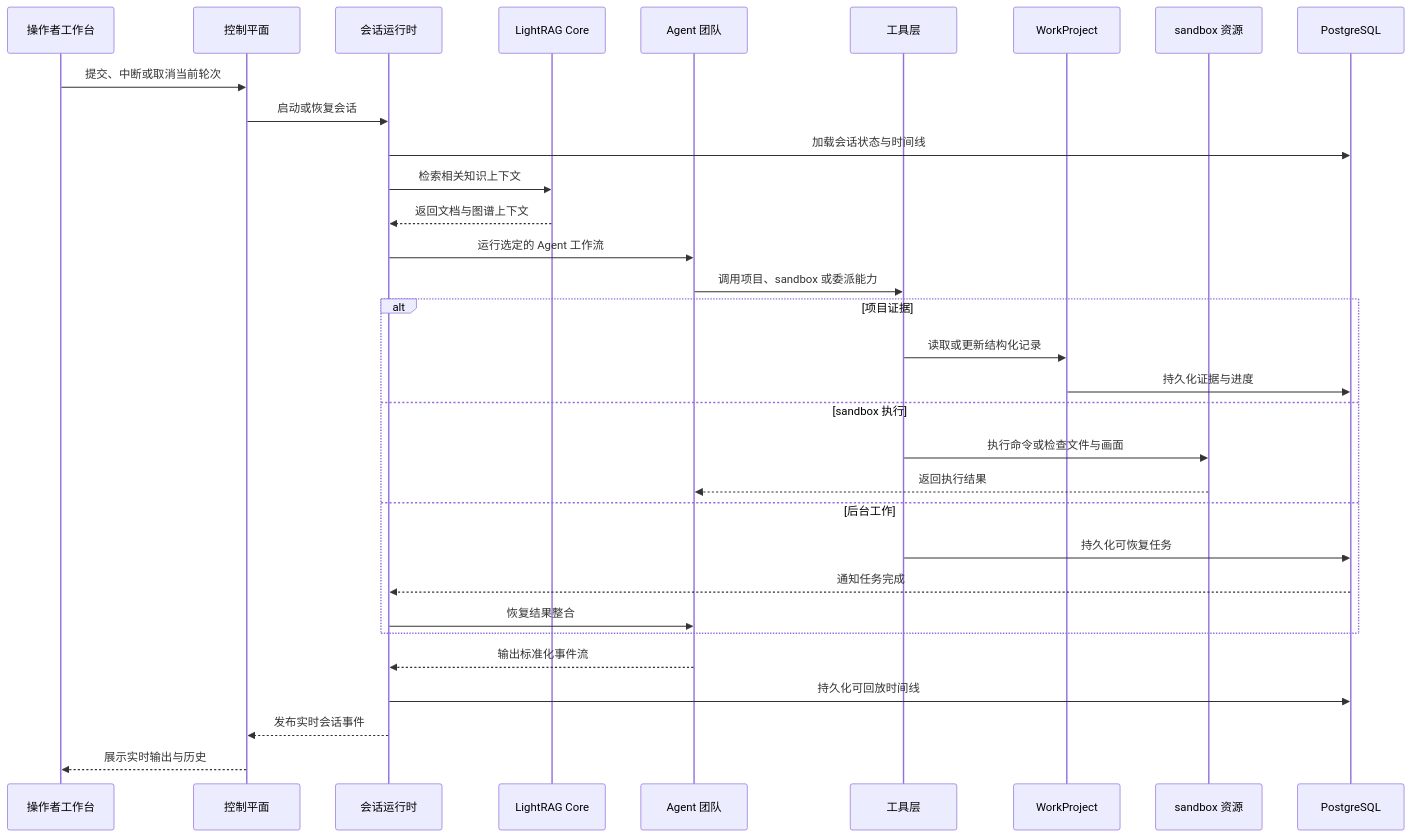
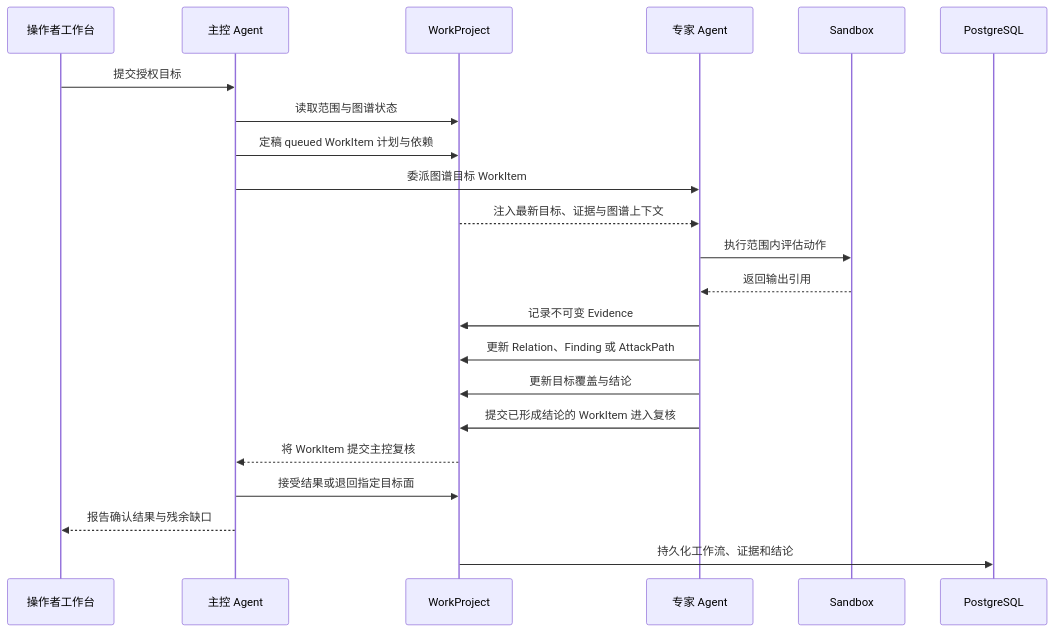
One commit to MolTau9527/Z3r0 changed the third of 3 diagrams in docs/zh/guide/overview.md. Above: the diagram before and after it, drawn with Mermaid. The commit also changed other lines of this file and 113 other files, not shown here.

Commit message:
feat: Add graph-driven WorkProject orchestration and evidence-backed red team workflows

````diff
--- a/docs/zh/guide/overview.md
+++ b/docs/zh/guide/overview.md
@@ -76,37 +99,25 @@
 ```mermaid
 sequenceDiagram
   participant UI as 操作者工作台
-  participant API as 控制平面
-  participant Session as 会话运行时
-  participant RAG as LightRAG Core
-  participant Agent as Agent 团队
-  participant Tool as 工具层
-  participant Project as WorkProject
-  participant Sandbox as sandbox 资源
+  participant Lead as 主控 Agent
+  participant Work as WorkProject
+  participant Expert as 专家 Agent
+  participant Sandbox as Sandbox
   participant DB as PostgreSQL
 
-  UI->>API: 提交、中断或取消当前轮次
-  API->>Session: 启动或恢复会话
-  Session->>DB: 加载会话状态与时间线
-  Session->>RAG: 检索相关知识上下文
-  RAG-->>Session: 返回文档与图谱上下文
-  Session->>Agent: 运行选定的 Agent 工作流
-  Agent->>Tool: 调用项目、sandbox 或委派能力
-
-  alt 项目证据
-    Tool->>Project: 读取或更新结构化记录
-    Project->>DB: 持久化证据与进度
-  else sandbox 执行
-    Tool->>Sandbox: 执行命令或检查文件与画面
-    Sandbox-->>Agent: 返回执行结果
-  else 后台工作
-    Tool->>DB: 持久化可恢复任务
-    DB-->>Session: 通知任务完成
-    Session->>Agent: 恢复结果整合
-  end
-
-  Agent-->>Session: 输出标准化事件流
-  Session->>DB: 持久化可回放时间线
-  Session-->>API: 发布实时会话事件
-  API-->>UI: 展示实时输出与历史
+  UI->>Lead: 提交授权目标
+  Lead->>Work: 读取范围与图谱状态
+  Lead->>Work: 定稿 queued WorkItem 计划与依赖
+  Lead->>Expert: 委派图谱目标 WorkItem
+  Work-->>Expert: 注入最新目标、证据与图谱上下文
+  Expert->>Sandbox: 执行范围内评估动作
+  Sandbox-->>Expert: 返回输出引用
+  Expert->>Work: 记录不可变 Evidence
+  Expert->>Work: 更新 Relation、Finding 或 AttackPath
+  Expert->>Work: 更新目标覆盖与结论
+  Expert->>Work: 提交已形成结论的 WorkItem 进入复核
+  Work-->>Lead: 将 WorkItem 提交主控复核
+  Lead->>Work: 接受结果或退回指定目标面
+  Lead-->>UI: 报告确认结果与残余缺口
+  Work->>DB: 持久化工作流、证据和结论
 ```
````
